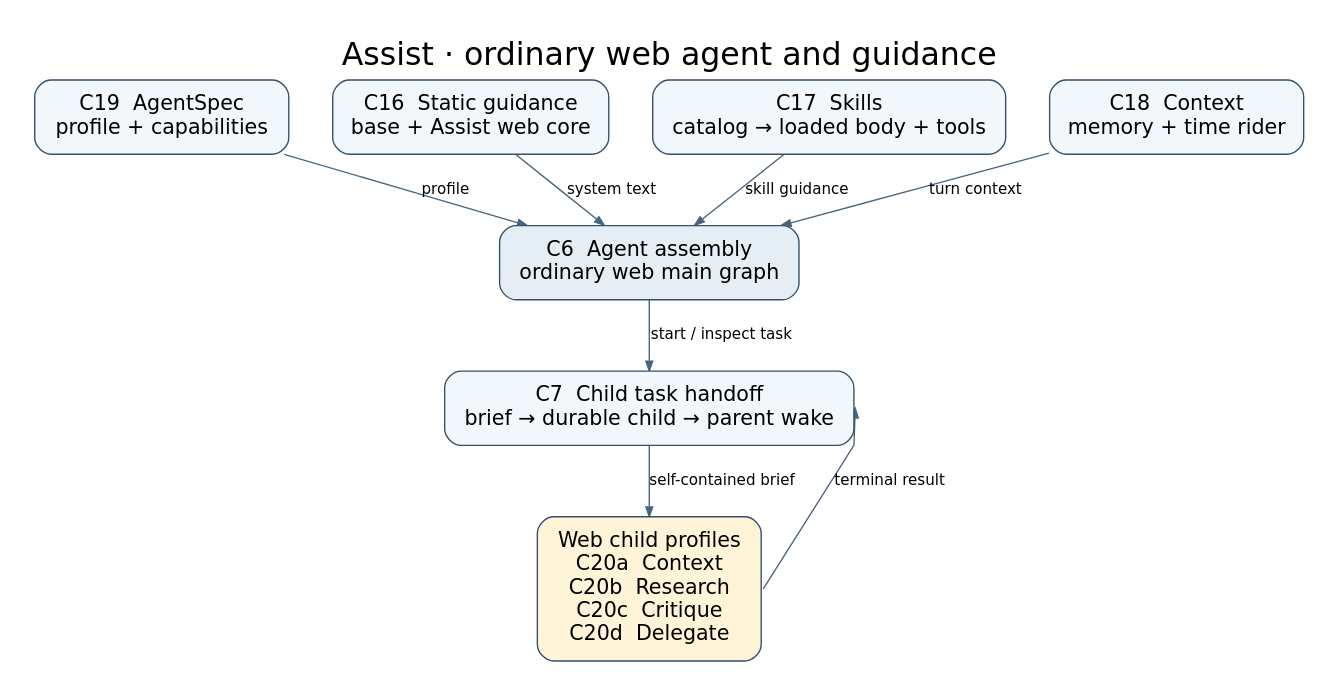
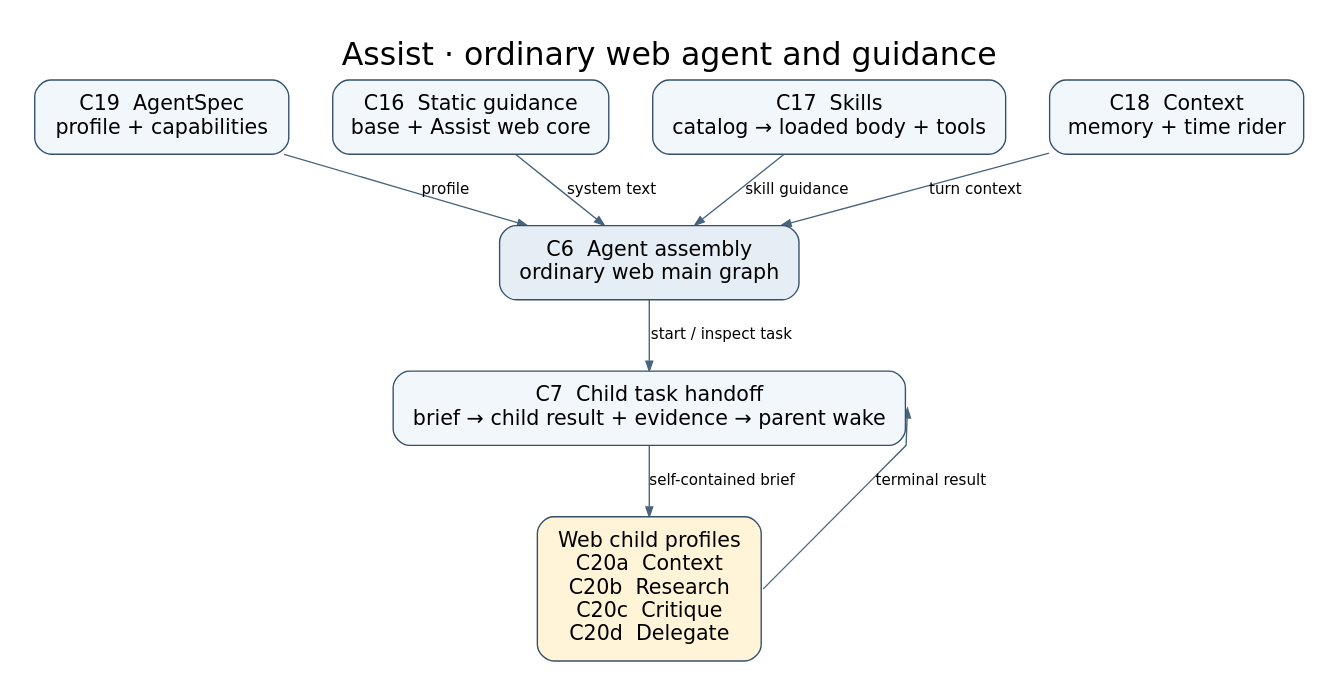
Before and after one commit to pierrel/assist: the diagram in docs/architecture-agents.dot, drawn with Graphviz. The commit also changed 15 other files, not shown here.

```diff
--- a/docs/architecture-agents.dot
+++ b/docs/architecture-agents.dot
@@ -1,28 +1,28 @@
 digraph Agents {
   graph [label="Assist · ordinary web agent and guidance", labelloc=t,
          fontname="DejaVu Sans", fontsize=23, bgcolor="white",
          rankdir=TB, pad=0.25, nodesep=0.45, ranksep=0.55,
          splines=polyline, outputorder=edgesfirst];
   node [shape=box, style="rounded,filled", color="#34506a",
         fillcolor="#f2f7fc", fontname="DejaVu Sans", fontsize=15,
         margin="0.19,0.14"];
   edge [fontname="DejaVu Sans", fontsize=11, color="#49647d",
         arrowsize=0.7];
 
   C19 [label="C19  AgentSpec\nprofile + capabilities"];
   C16 [label="C16  Static guidance\nbase + Assist web core"];
   C17 [label="C17  Skills\ncatalog → loaded body + tools"];
   C18 [label="C18  Context\nmemory + time rider"];
   C6 [label="C6  Agent assembly\nordinary web main graph", fillcolor="#e5edf5"];
-  C7 [label="C7  Child task handoff\nbrief → durable child → parent wake"];
+  C7 [label="C7  Child task handoff\nbrief → child result + evidence → parent wake"];
   C20 [label="Web child profiles\nC20a  Context\nC20b  Research\nC20c  Critique\nC20d  Delegate",
        fillcolor="#fff4d7"];
 
   C19 -> C6 [label="profile"];
   C16 -> C6 [label="system text"];
   C17 -> C6 [label="skill guidance"];
   C18 -> C6 [label="turn context"];
   C6 -> C7 [label="start / inspect task"];
   C7 -> C20 [label="self-contained brief"];
   C20:e -> C7:e [label="terminal result", constraint=false];
 }
```
